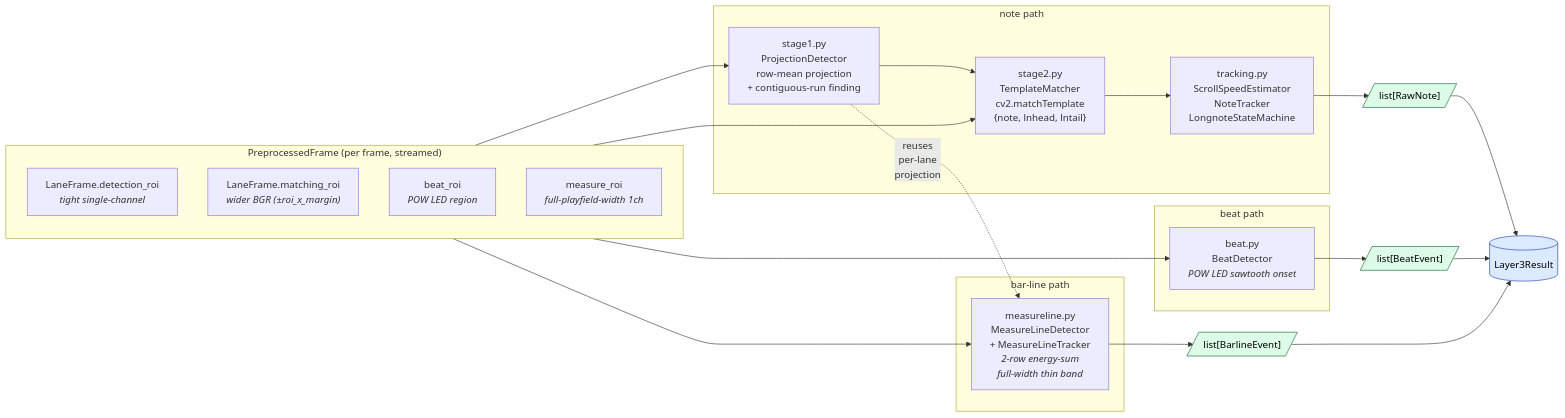
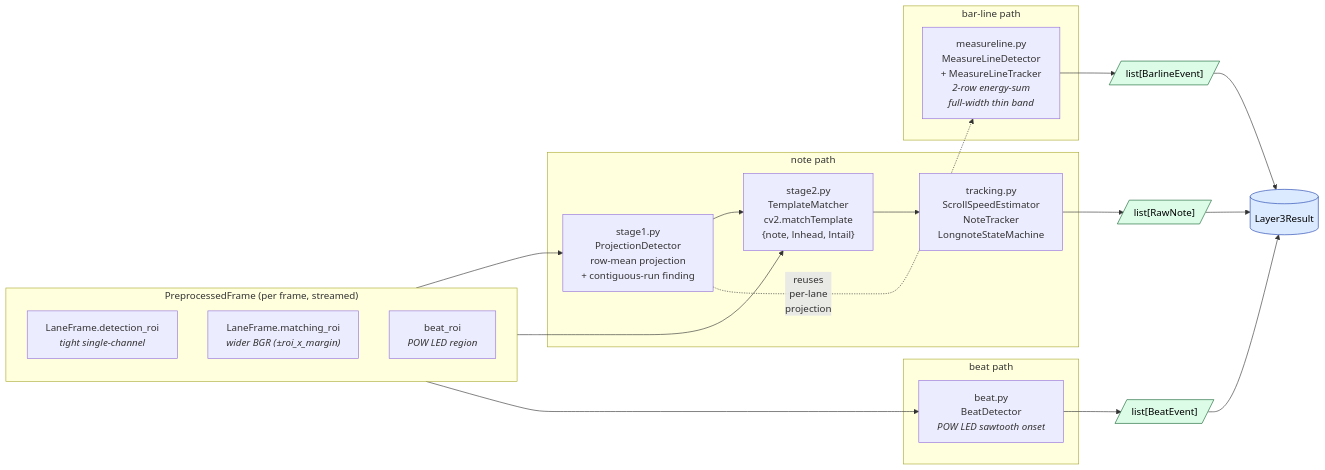
Before and after one commit to khanwul/EZ2CV-djmax: the third of 5 diagrams in doc/ARCHITECTURE.md, drawn with Mermaid. The commit also changed other lines of this file and 26 other files, not shown here.

First line of the commit message:
refactor: simplify chart extraction pipeline and remove dead code

````diff
--- a/doc/ARCHITECTURE.md
+++ b/doc/ARCHITECTURE.md
@@ -127,42 +125,40 @@
 ```mermaid
 flowchart LR
     subgraph PF["PreprocessedFrame (per frame, streamed)"]
         direction TB
         det["LaneFrame.detection_roi<br/><i>tight single-channel</i>"]
         match["LaneFrame.matching_roi<br/><i>wider BGR (±roi_x_margin)</i>"]
         beat_roi["beat_roi<br/><i>POW LED region</i>"]
-        meas_roi["measure_roi<br/><i>full-playfield-width 1ch</i>"]
     end
 
     subgraph NOTE["note path"]
         s1["stage1.py<br/>ProjectionDetector<br/>row-mean projection<br/>+ contiguous-run finding"]
         s2["stage2.py<br/>TemplateMatcher<br/>cv2.matchTemplate<br/>{note, lnhead, lntail}"]
         tr["tracking.py<br/>ScrollSpeedEstimator<br/>NoteTracker<br/>LongnoteStateMachine"]
         s1 --> s2 --> tr
     end
 
     subgraph BEAT["beat path"]
         bd["beat.py<br/>BeatDetector<br/><i>POW LED sawtooth onset</i>"]
     end
 
     subgraph BAR["bar-line path"]
         md["measureline.py<br/>MeasureLineDetector<br/>+ MeasureLineTracker<br/><i>2-row energy-sum<br/>full-width thin band</i>"]
     end
 
     det     --> s1
     match   --> s2
     beat_roi --> bd
-    meas_roi --> md
     s1 -. "reuses<br/>per-lane<br/>projection" .-> md
 
     tr --> notes[/"list[RawNote]"/]:::out
     bd --> beats[/"list[BeatEvent]"/]:::out
     md --> bars[/"list[BarlineEvent]"/]:::out
 
     notes --> L3R[("Layer3Result")]:::data
     beats --> L3R
     bars  --> L3R
 
     classDef out  fill:#dcfce7,stroke:#166534,color:#000
     classDef data fill:#dbeafe,stroke:#1e40af,color:#000
 ```
````
